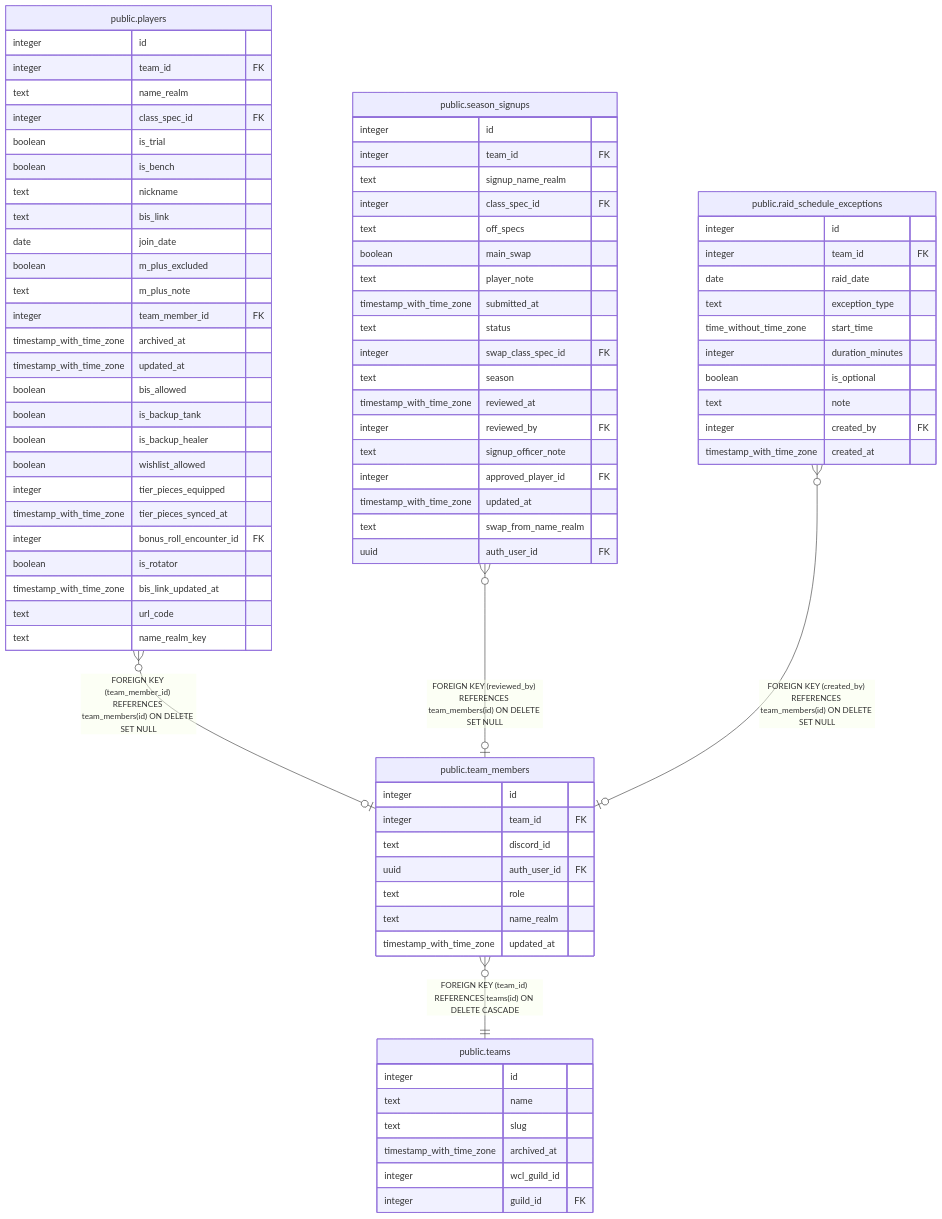
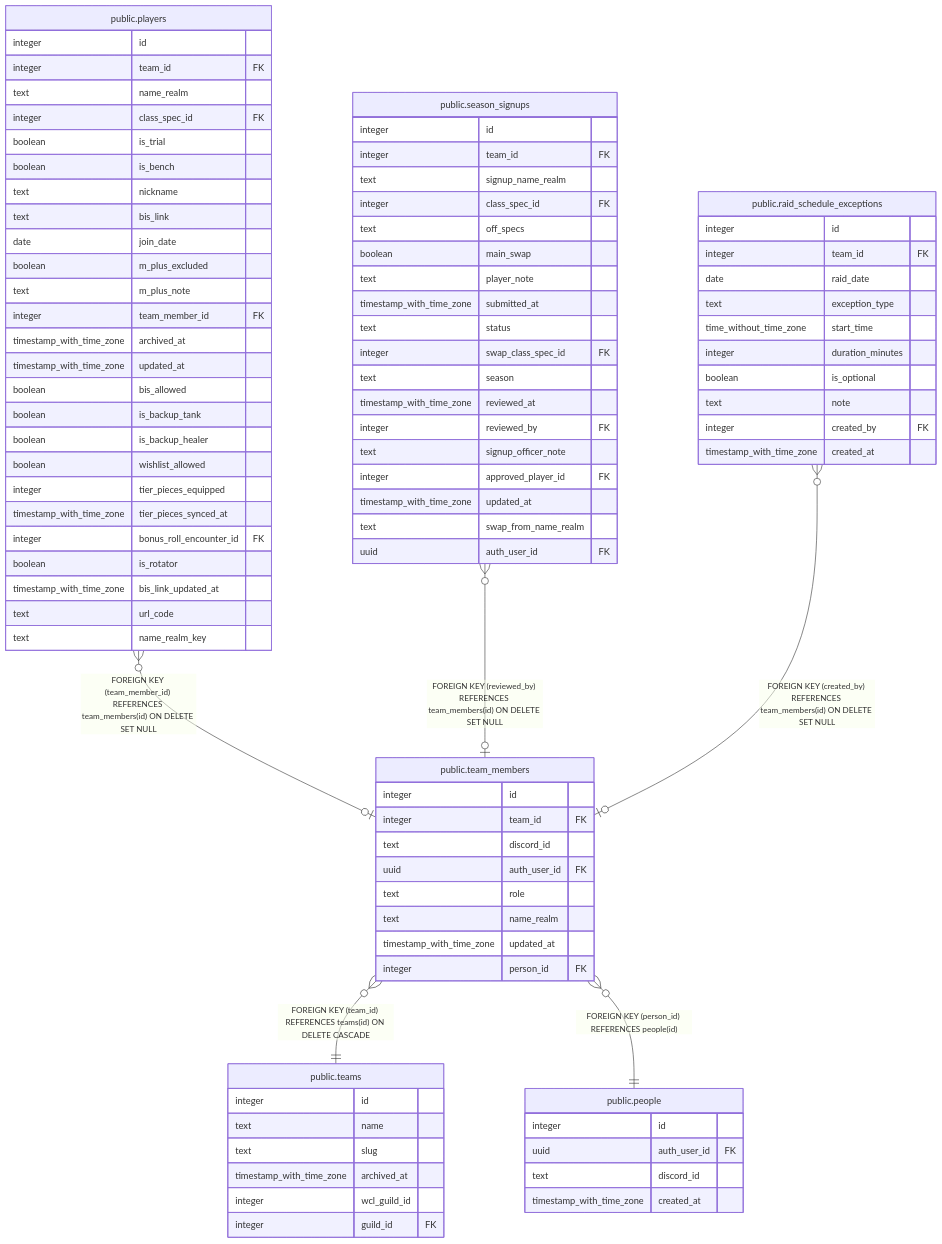
One commit to katogaming88/WGA-Raid-Hub changed the diagram in dbdoc/public.team_members.md. Above: the diagram before and after it, drawn with Mermaid. The commit also changed other lines of this file and 33 other files, not shown here.

First line of the commit message:
People table: one row per person, grant tables point at it (v3.122.0)

````diff
--- a/dbdoc/public.team_members.md
+++ b/dbdoc/public.team_members.md
@@ -44,6 +49,7 @@
 "public.season_signups" }o--o| "public.team_members" : "FOREIGN KEY (reviewed_by) REFERENCES team_members(id) ON DELETE SET NULL"
 "public.raid_schedule_exceptions" }o--o| "public.team_members" : "FOREIGN KEY (created_by) REFERENCES team_members(id) ON DELETE SET NULL"
 "public.team_members" }o--|| "public.teams" : "FOREIGN KEY (team_id) REFERENCES teams(id) ON DELETE CASCADE"
+"public.team_members" }o--|| "public.people" : "FOREIGN KEY (person_id) REFERENCES people(id)"
 
 "public.team_members" {
   integer id
@@ -53,6 +59,7 @@
   text role
   text name_realm
   timestamp_with_time_zone updated_at
+  integer person_id FK
 }
 "public.players" {
   integer id
@@ -121,4 +128,10 @@
   integer wcl_guild_id
   integer guild_id FK
 }
+"public.people" {
+  integer id
+  uuid auth_user_id FK
+  text discord_id
+  timestamp_with_time_zone created_at
+}
 ```
````
